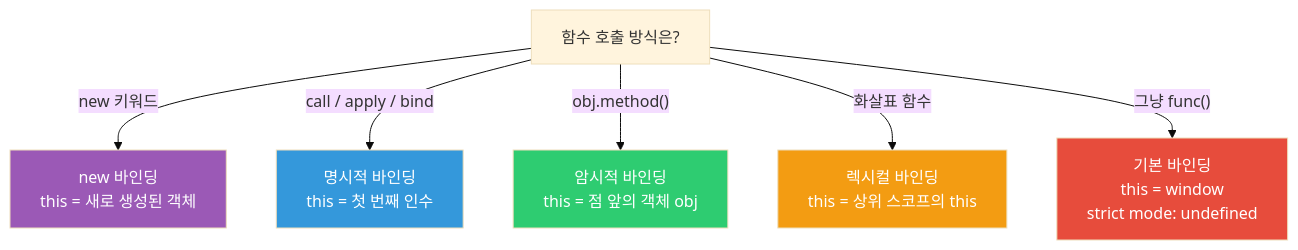
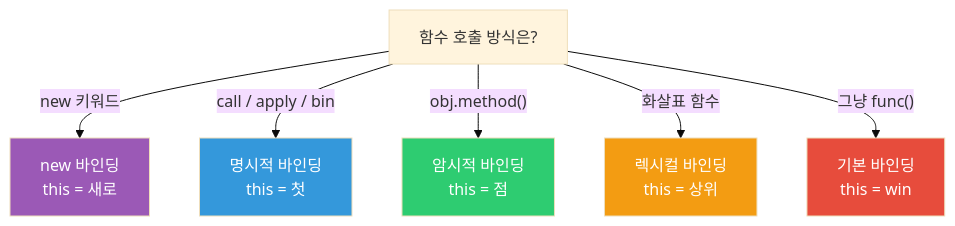
One commit to yjkim2015/yjkim2015.github.io changed the third of 6 diagrams in _posts/frontend/2026-05-01-javascript-core.md. Above: the diagram before and after it, drawn with Mermaid (base theme). The commit also changed other lines of this file and 271 other files, not shown here.

First line of the commit message:
Mermaid 라벨 축소: 긴 노드 텍스트 18자 이하로 트림 + \n 제거

````diff
--- a/_posts/frontend/2026-05-01-javascript-core.md
+++ b/_posts/frontend/2026-05-01-javascript-core.md
@@ -162,14 +162,14 @@
 ```mermaid
 flowchart TD
     Q["함수 호출 방식은?"]
-    Q -->|"new 키워드"| NEW["new 바인딩\nthis = 새로 생성된 객체"]
-    Q -->|"call / apply / bind"| EXPLICIT["명시적 바인딩\nthis = 첫 번째 인수"]
-    Q -->|"obj.method()"| METHOD["암시적 바인딩\nthis = 점 앞의 객체 obj"]
-    Q -->|"화살표 함수"| ARROW["렉시컬 바인딩\nthis = 상위 스코프의 this"]
-    Q -->|"그냥 func()"| DEFAULT["기본 바인딩\nthis = window\nstrict mode: undefined"]
+    Q -->|"new 키워드"| NEW["new 바인딩\nthis = 새로"]
+    Q -->|"call / apply / bin"| EXPLICIT["명시적 바인딩\nthis = 첫"]
+    Q -->|"obj.method()"| METHOD["암시적 바인딩\nthis = 점"]
+    Q -->|"화살표 함수"| ARROW["렉시컬 바인딩\nthis = 상위"]
+    Q -->|"그냥 func()"| DEFAULT["기본 바인딩\nthis = win"]
     style NEW fill:#9b59b6,color:#fff
     style EXPLICIT fill:#3498db,color:#fff
     style METHOD fill:#2ecc71,color:#fff
     style ARROW fill:#f39c12,color:#fff
     style DEFAULT fill:#e74c3c,color:#fff
 ```
````
